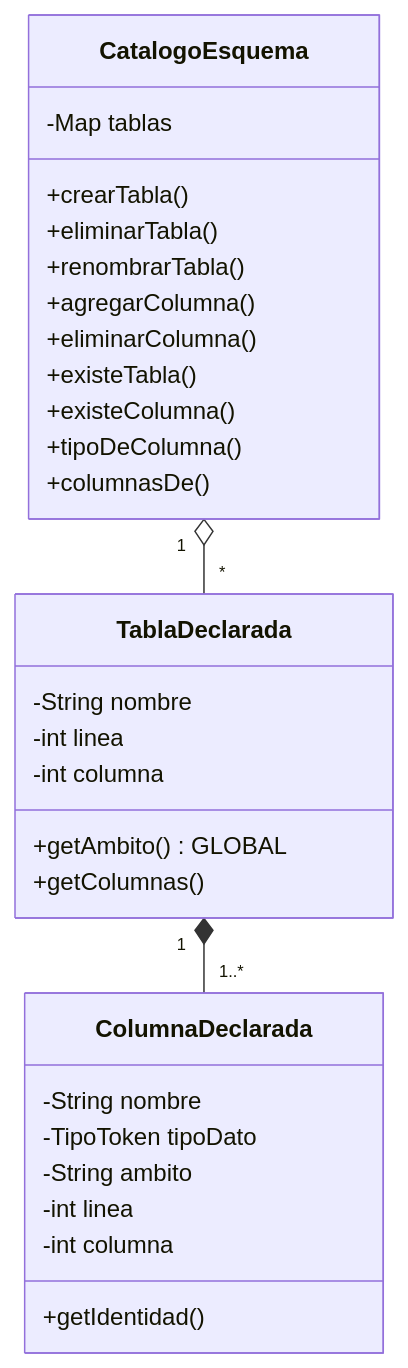
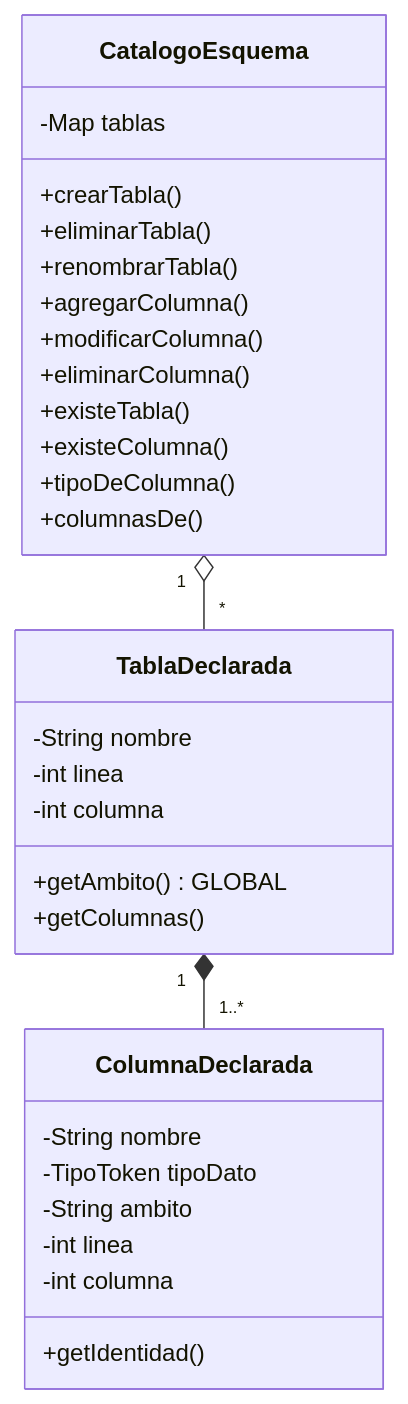
Before and after one commit to marlonporres/compilador-sql-automatas: the first of 3 diagrams in docs/semantica_ddl.md, drawn with Mermaid. The commit also changed other lines of this file and 52 other files, not shown here.

````diff
--- a/docs/semantica_ddl.md
+++ b/docs/semantica_ddl.md
@@ -76,32 +76,33 @@
 ```mermaid
 classDiagram
     class CatalogoEsquema {
         -Map tablas
         +crearTabla()
         +eliminarTabla()
         +renombrarTabla()
         +agregarColumna()
+        +modificarColumna()
         +eliminarColumna()
         +existeTabla()
         +existeColumna()
         +tipoDeColumna()
         +columnasDe()
     }
     class TablaDeclarada {
         -String nombre
         -int linea
         -int columna
         +getAmbito() GLOBAL
         +getColumnas()
     }
     class ColumnaDeclarada {
         -String nombre
         -TipoToken tipoDato
         -String ambito
         -int linea
         -int columna
         +getIdentidad()
     }
     CatalogoEsquema "1" o-- "*" TablaDeclarada
     TablaDeclarada "1" *-- "1..*" ColumnaDeclarada
 ```
````
